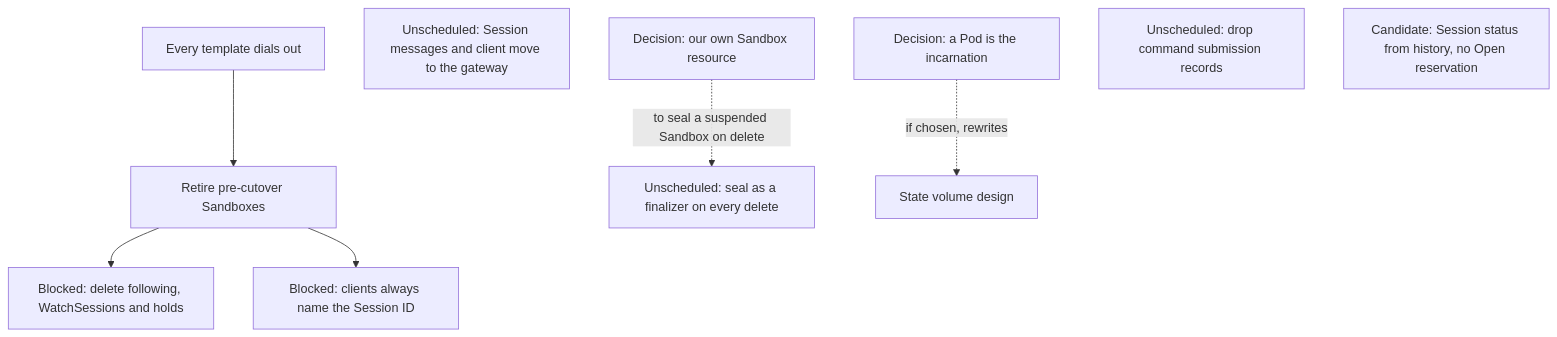
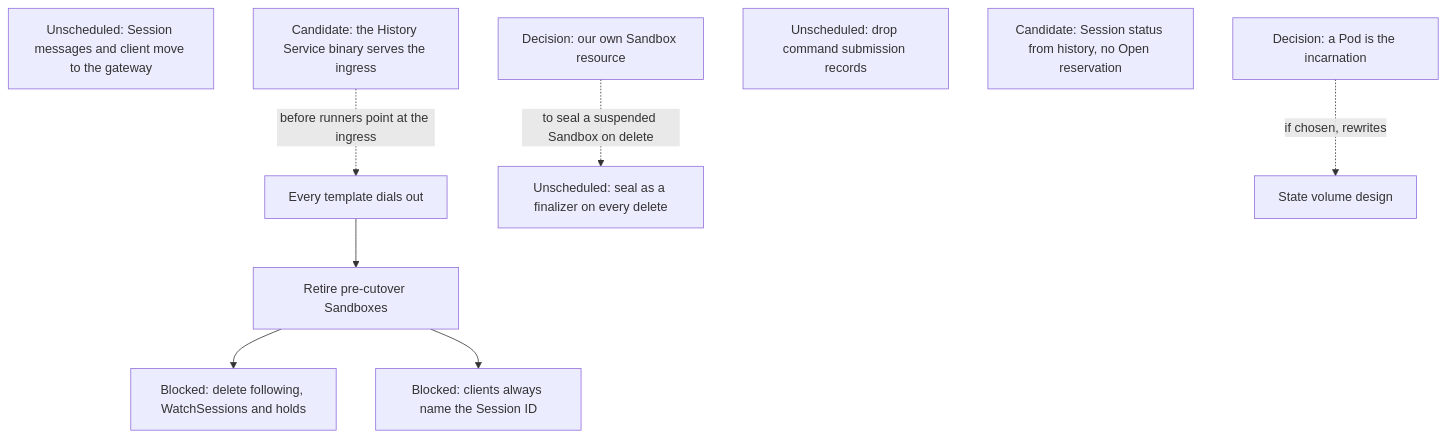
Before and after one commit to agentydragon-agent/ducktape: diagram 12 of 12 in agentplane/plans/task_dag.md, drawn with Mermaid. The commit also changed other lines of this file, not shown here.

First line of the commit message:
agentplane/plans: note long-lived Sandboxes; one binary for History Service and ingress (#9980)

````diff
--- a/agentplane/plans/task_dag.md
+++ b/agentplane/plans/task_dag.md
@@ -863,18 +868,20 @@
 ```mermaid
 flowchart TD
     RUNNER_OUTBOUND_ROLLOUT[Every template dials out]
     LEGACY_SANDBOX_RETIRE[Retire pre-cutover Sandboxes]
     FOLLOW_PATH_RETIRE[Blocked: delete following, WatchSessions and holds]
     GATEWAY_CLIENT_SPLIT[Unscheduled: Session messages and client move to the gateway]
     AGENTPLANE_SANDBOX_RESOURCE[Decision: our own Sandbox resource]
     POD_INCARNATION[Decision: a Pod is the incarnation]
     SEAL_FINALIZER[Unscheduled: seal as a finalizer on every delete]
     COMMAND_RECORDS_RETIRE[Unscheduled: drop command submission records]
     SESSION_ID_MINT_RETIRE[Blocked: clients always name the Session ID]
     LOOKUP_SESSION_RETIRE[Candidate: Session status from history, no Open reservation]
+    HISTORY_INGRESS_SAME_BINARY[Candidate: the History Service binary serves the ingress]
+    HISTORY_INGRESS_SAME_BINARY -. before runners point at the ingress .-> RUNNER_OUTBOUND_ROLLOUT
     RUNNER_OUTBOUND_ROLLOUT --> LEGACY_SANDBOX_RETIRE
     LEGACY_SANDBOX_RETIRE --> FOLLOW_PATH_RETIRE
     AGENTPLANE_SANDBOX_RESOURCE -. to seal a suspended Sandbox on delete .-> SEAL_FINALIZER
     POD_INCARNATION -. if chosen, rewrites .-> SESSION_STATE_VOLUME_DESIGN[State volume design]
     LEGACY_SANDBOX_RETIRE --> SESSION_ID_MINT_RETIRE
 ```
````
